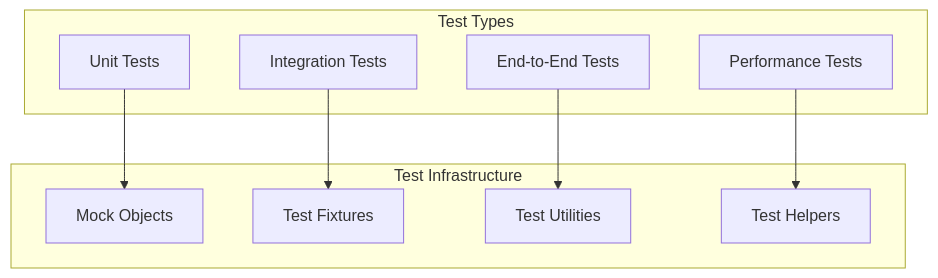
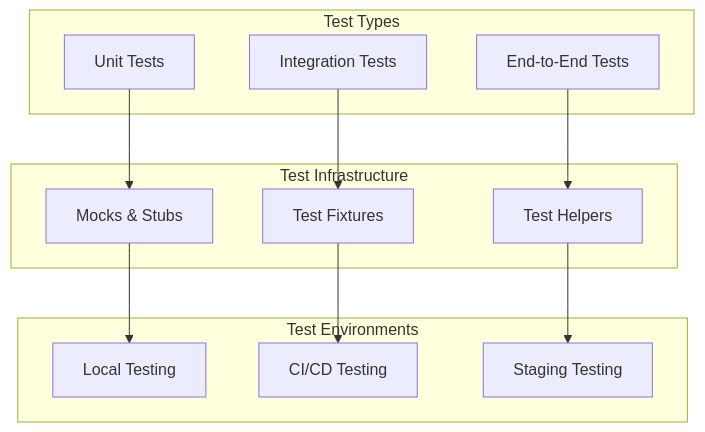
The eighth of 8 diagrams in docs/development/architecture/overview.md (flamingo-stack/openframe-cli), drawn with Mermaid before and after one commit. The commit also changed other lines of this file and 51 other files, not shown here.

````diff
--- a/docs/development/architecture/overview.md
+++ b/docs/development/architecture/overview.md
@@ -451,21 +565,28 @@
 ```mermaid
 graph TB
     subgraph "Test Types"
-        Unit[Unit Tests]
-        Integration[Integration Tests]
+        UNIT[Unit Tests]
+        INTEGRATION[Integration Tests]
         E2E[End-to-End Tests]
-        Performance[Performance Tests]
     end
     
     subgraph "Test Infrastructure"
-        Mocks[Mock Objects]
-        Fixtures[Test Fixtures]
-        Utilities[Test Utilities]
-        Helpers[Test Helpers]
+        MOCKS[Mocks & Stubs]
+        FIXTURES[Test Fixtures]
+        HELPERS[Test Helpers]
     end
     
-    Unit --> Mocks
-    Integration --> Fixtures
-    E2E --> Utilities
-    Performance --> Helpers
+    subgraph "Test Environments"
+        LOCAL[Local Testing]
+        CI[CI/CD Testing]
+        STAGING[Staging Testing]
+    end
+    
+    UNIT --> MOCKS
+    INTEGRATION --> FIXTURES
+    E2E --> HELPERS
+    
+    MOCKS --> LOCAL
+    FIXTURES --> CI
+    HELPERS --> STAGING
 ```
````
